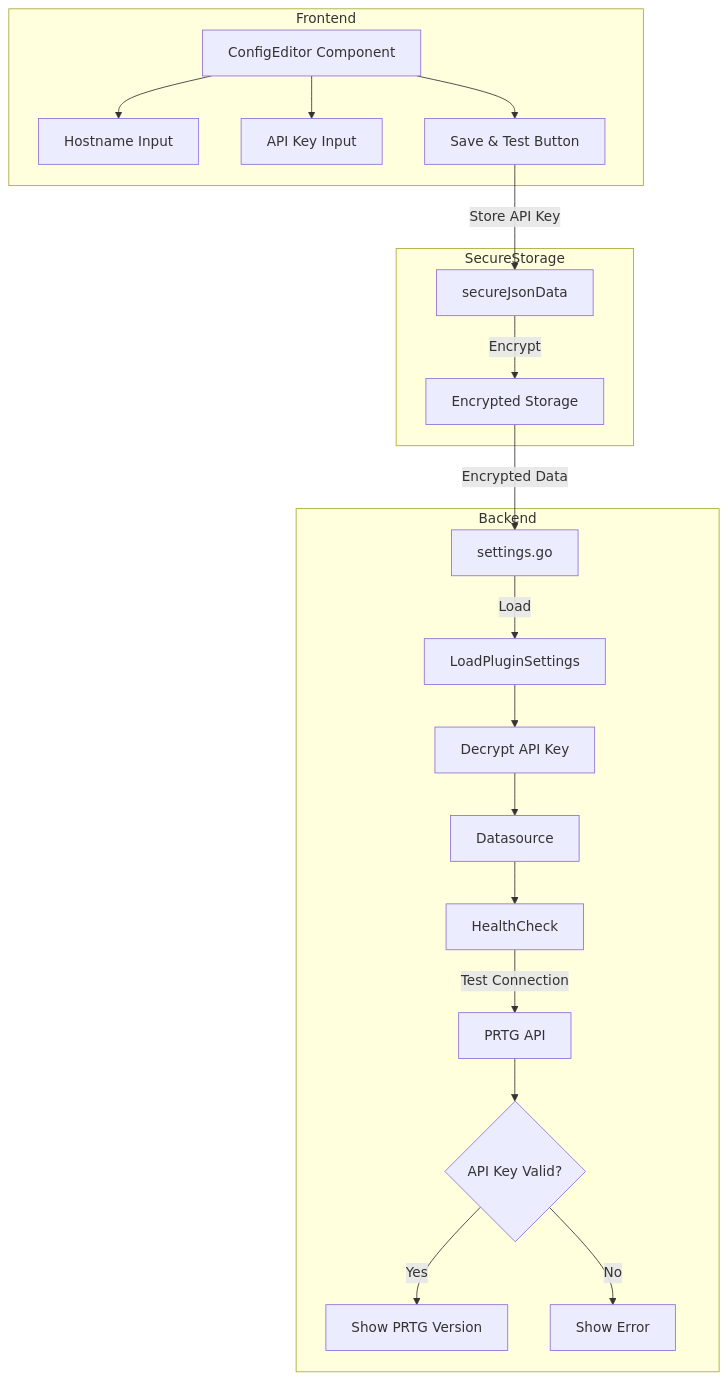
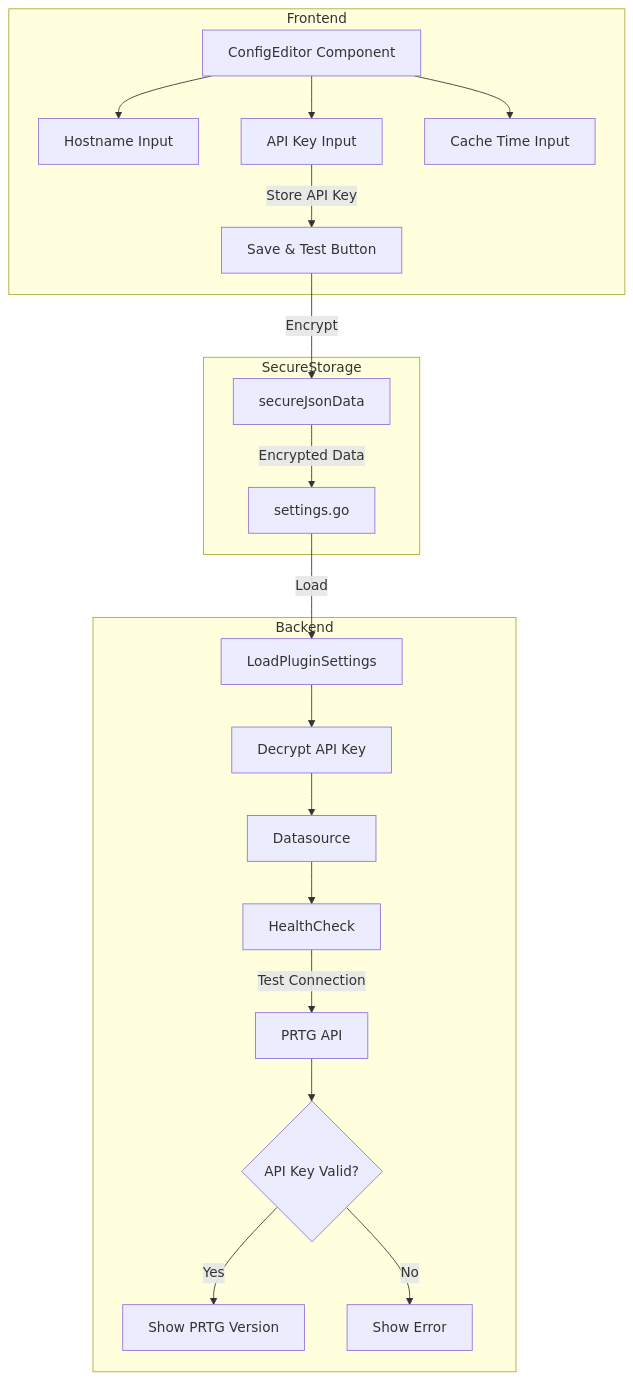
Before and after one commit to 1DeliDolu/PRTG: the diagram in Doc/Mermaid/apikey_flow.mermaid, drawn with Mermaid. The commit also changed 7 other files, not shown here.

```diff
--- a/Doc/Mermaid/apikey_flow.mermaid
+++ b/Doc/Mermaid/apikey_flow.mermaid
@@ -1,40 +1,41 @@
 flowchart TB
     subgraph Frontend
         A[ConfigEditor Component]
         B[Hostname Input]
         C[API Key Input]
-        D[Save & Test Button]
+        D[Cache Time Input]
+        E[Save & Test Button]
         
         A --> B
         A --> C
         A --> D
     end
 
     subgraph SecureStorage
-        E[secureJsonData]
-        F[Encrypted Storage]
-        D -->|Store API Key| E
+        F[secureJsonData]
+        G[Encrypted Storage]
+        C -->|Store API Key| E
         E -->|Encrypt| F
     end
 
     subgraph Backend
         G[settings.go]
         H[LoadPluginSettings]
         I[Decrypt API Key]
         J[Datasource]
         K[HealthCheck]
         L[PRTG API]
         M{API Key Valid?}
         
         G -->|Load| H
         H --> I
         I --> J
         J --> K
         K -->|Test Connection| L
         L --> M
         
         M -->|Yes| N[Show PRTG Version]
         M -->|No| O[Show Error]
     end
 
     F -->|Encrypted Data| G
```
